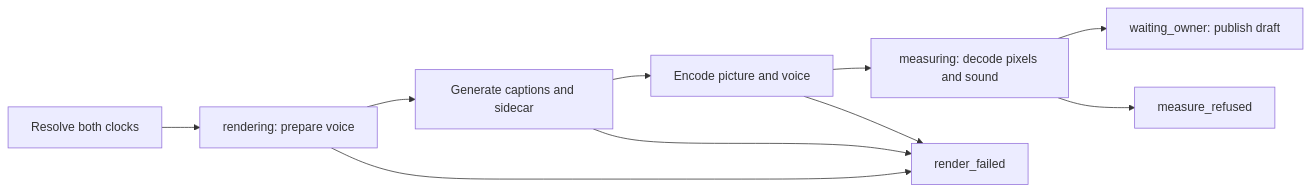
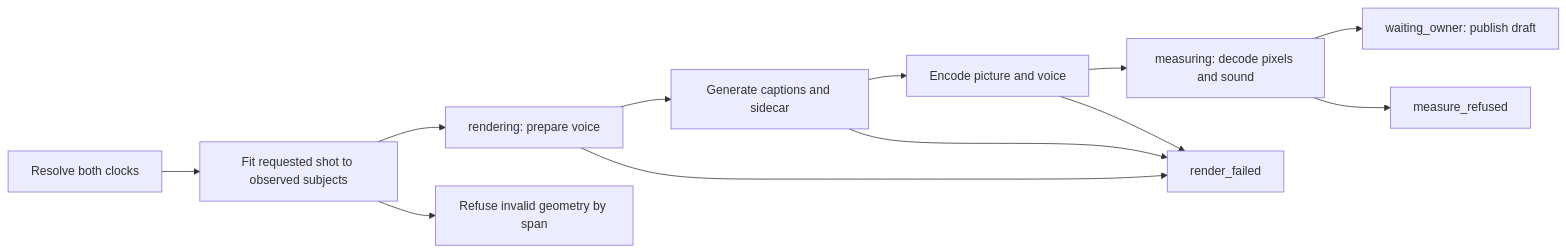
One commit to ChrisPirillo/pirillo-studio changed the first of 2 diagrams in docs/rendering.md. Above: the diagram before and after it, drawn with Mermaid. The commit also changed other lines of this file and 8 other files, not shown here.

````diff
--- a/docs/rendering.md
+++ b/docs/rendering.md
@@ -257,10 +252,12 @@
 ```mermaid
 flowchart LR
-  A[Resolve both clocks] --> B[rendering: prepare voice]
+  A[Resolve both clocks] --> I[Fit requested shot to observed subjects]
+  I --> B[rendering: prepare voice]
+  I --> J[Refuse invalid geometry by span]
   B --> C[Generate captions and sidecar]
   C --> D[Encode picture and voice]
   D --> E[measuring: decode pixels and sound]
   E --> F[waiting_owner: publish draft]
   B & C & D --> G[render_failed]
   E --> H[measure_refused]
 ```
````
